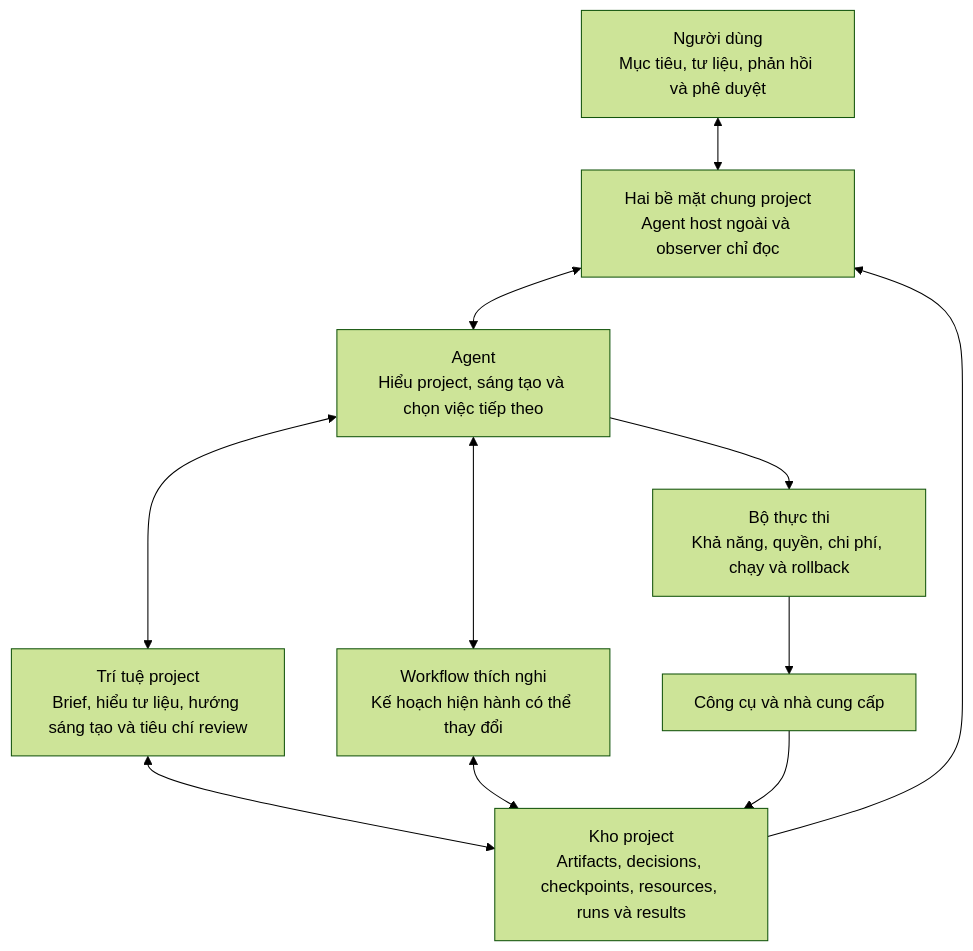
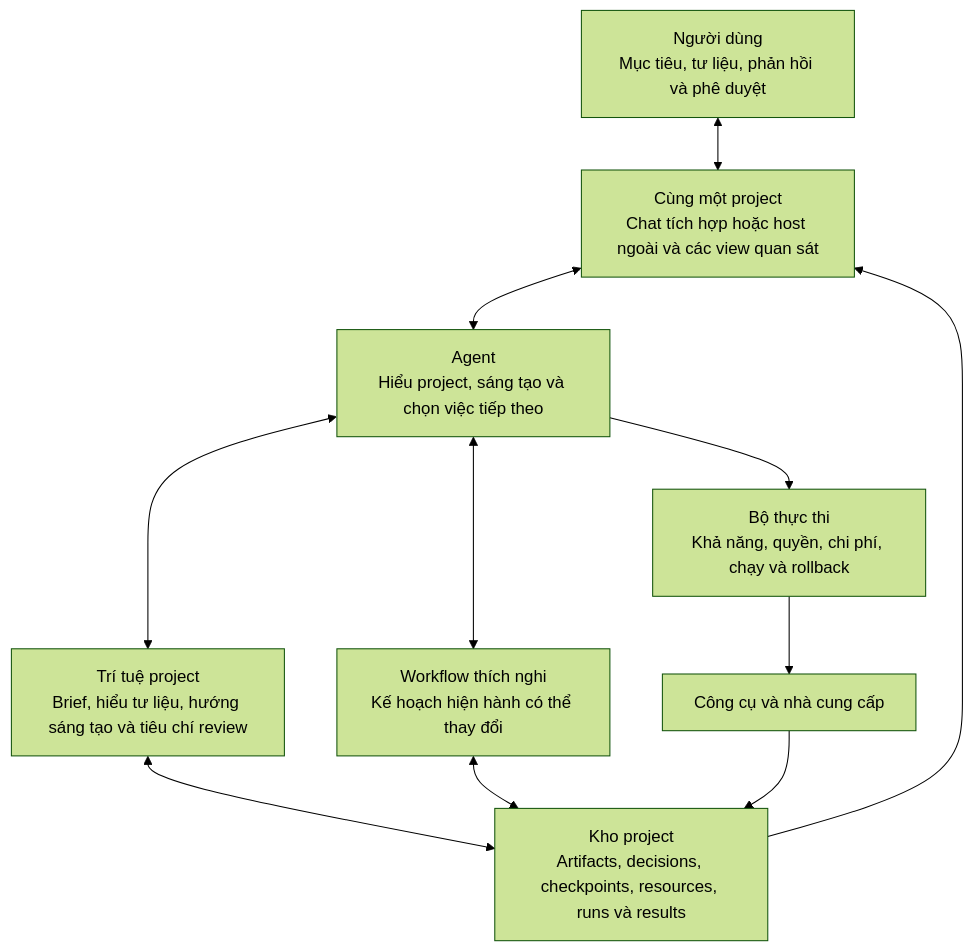
Before and after one commit to padduwcs/PADStudio: the first of 2 diagrams in docs/build/PADSTUDIO-CURRENT-DIRECTION.md, drawn with Mermaid (forest theme). The commit also changed other lines of this file and 31 other files, not shown here.

First line of the commit message:
feat: embed project-scoped Codex chat in PADStudio

````diff
--- a/docs/build/PADSTUDIO-CURRENT-DIRECTION.md
+++ b/docs/build/PADSTUDIO-CURRENT-DIRECTION.md
@@ -41,19 +44,19 @@
 ```mermaid
 flowchart TB
     U[Người dùng<br/>Mục tiêu, tư liệu, phản hồi và phê duyệt]
-    W[Hai bề mặt chung project<br/>Agent host ngoài và observer chỉ đọc]
+    W[Cùng một project<br/>Chat tích hợp hoặc host ngoài và các view quan sát]
     A[Agent<br/>Hiểu project, sáng tạo và chọn việc tiếp theo]
     I[Trí tuệ project<br/>Brief, hiểu tư liệu, hướng sáng tạo và tiêu chí review]
     F[Workflow thích nghi<br/>Kế hoạch hiện hành có thể thay đổi]
     P[Kho project<br/>Artifacts, decisions, checkpoints, resources, runs và results]
     E[Bộ thực thi<br/>Khả năng, quyền, chi phí, chạy và rollback]
     T[Công cụ và nhà cung cấp]
 
     U <--> W <--> A
     A <--> I
     A <--> F
     I <--> P
     F <--> P
     A --> E --> T --> P
     P --> W
 ```
````
